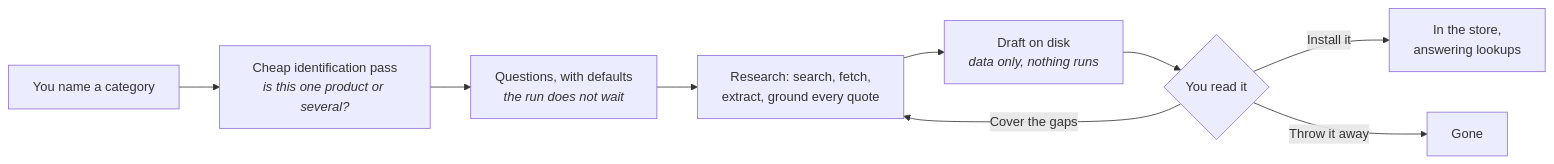
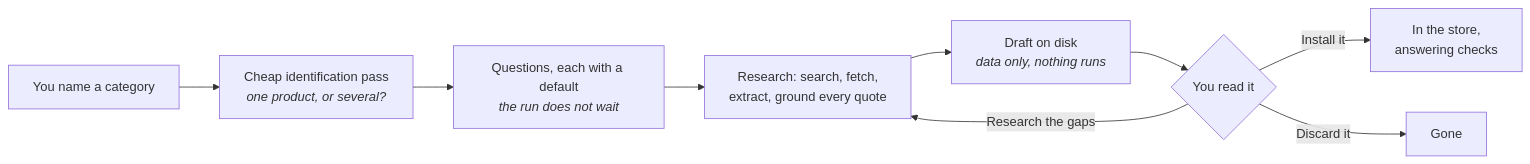
One commit to Berbadov/kriko changed the second of 4 diagrams in docs/HOW_IT_WORKS.md. Above: the diagram before and after it, drawn with Mermaid. The commit also changed other lines of this file and 15 other files, not shown here.

````diff
--- a/docs/HOW_IT_WORKS.md
+++ b/docs/HOW_IT_WORKS.md
@@ -24,11 +28,11 @@
 ```mermaid
 flowchart LR
-    A["You name a category"] --> B["Cheap identification pass<br/><i>is this one product or several?</i>"]
-    B --> C["Questions, with defaults<br/><i>the run does not wait</i>"]
+    A["You name a category"] --> B["Cheap identification pass<br/><i>one product, or several?</i>"]
+    B --> C["Questions, each with a default<br/><i>the run does not wait</i>"]
     C --> D["Research: search, fetch,<br/>extract, ground every quote"]
     D --> E["Draft on disk<br/><i>data only, nothing runs</i>"]
     E --> F{"You read it"}
-    F -- "Install it" --> G["In the store,<br/>answering lookups"]
-    F -- "Cover the gaps" --> D
-    F -- "Throw it away" --> H["Gone"]
+    F -- "Install it" --> G["In the store,<br/>answering checks"]
+    F -- "Research the gaps" --> D
+    F -- "Discard it" --> H["Gone"]
 ```
````
